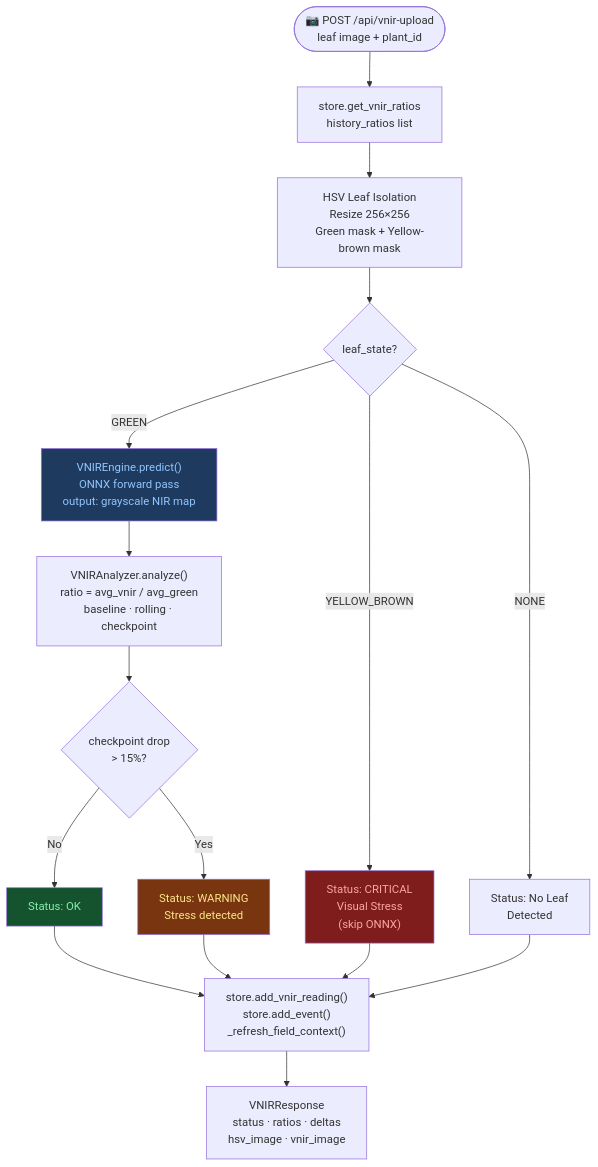
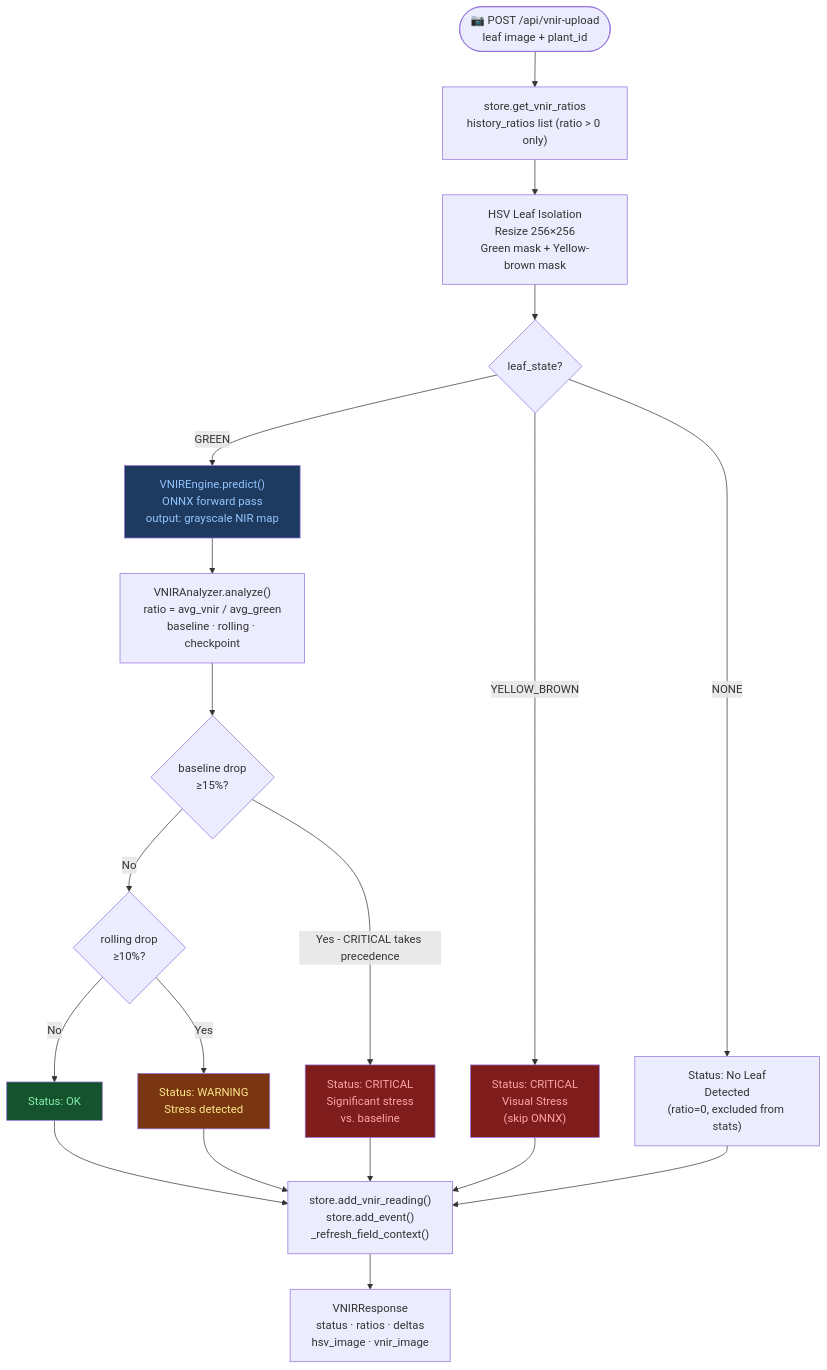
The third of 3 diagrams in documentation/02_module_mizhi.md (SReigovind/NAVA), drawn with Mermaid before and after one commit. The commit also changed other lines of this file and 55 other files, not shown here.

````diff
--- a/documentation/02_module_mizhi.md
+++ b/documentation/02_module_mizhi.md
@@ -339,37 +349,43 @@
 ```mermaid
 flowchart TD
     Upload(["📷 POST /api/vnir-upload\nleaf image + plant_id"])
-    LoadHistory["store.get_vnir_ratios\nhistory_ratios list"]
+    LoadHistory["store.get_vnir_ratios\nhistory_ratios list (ratio > 0 only)"]
     HSV["HSV Leaf Isolation\nResize 256×256\nGreen mask + Yellow-brown mask"]
     State{"leaf_state?"}
     ONNXInfer["VNIREngine.predict()\nONNX forward pass\noutput: grayscale NIR map"]
     Analyze["VNIRAnalyzer.analyze()\nratio = avg_vnir / avg_green\nbaseline · rolling · checkpoint"]
-    Threshold{"checkpoint drop\n> 15%?"}
+    RollingCheck{"rolling drop\n≥10%?"}
+    BaselineCheck{"baseline drop\n≥15%?"}
     OK["Status: OK"]
     Warning["Status: WARNING\nStress detected"]
+    Critical["Status: CRITICAL\nSignificant stress\nvs. baseline"]
     CritVisual["Status: CRITICAL\nVisual Stress\n(skip ONNX)"]
-    NoLeaf["Status: No Leaf\nDetected"]
+    NoLeaf["Status: No Leaf\nDetected\n(ratio=0, excluded from stats)"]
     SaveEvent["store.add_vnir_reading()\nstore.add_event()\n_refresh_field_context()"]
     Response["VNIRResponse\nstatus · ratios · deltas\nhsv_image · vnir_image"]
 
     Upload --> LoadHistory
     LoadHistory --> HSV
     HSV --> State
     State -->|GREEN| ONNXInfer
     State -->|YELLOW_BROWN| CritVisual
     State -->|NONE| NoLeaf
     ONNXInfer --> Analyze
-    Analyze --> Threshold
-    Threshold -->|No| OK
-    Threshold -->|Yes| Warning
+    Analyze --> BaselineCheck
+    BaselineCheck -->|Yes - CRITICAL takes precedence| Critical
+    BaselineCheck -->|No| RollingCheck
+    RollingCheck -->|No| OK
+    RollingCheck -->|Yes| Warning
     OK --> SaveEvent
     Warning --> SaveEvent
+    Critical --> SaveEvent
     CritVisual --> SaveEvent
     NoLeaf --> SaveEvent
     SaveEvent --> Response
 
     style ONNXInfer fill:#1e3a5f,color:#93c5fd
     style CritVisual fill:#7f1d1d,color:#fca5a5
+    style Critical fill:#7f1d1d,color:#fca5a5
     style Warning fill:#78350f,color:#fde68a
     style OK fill:#14532d,color:#86efac
 ```
````
